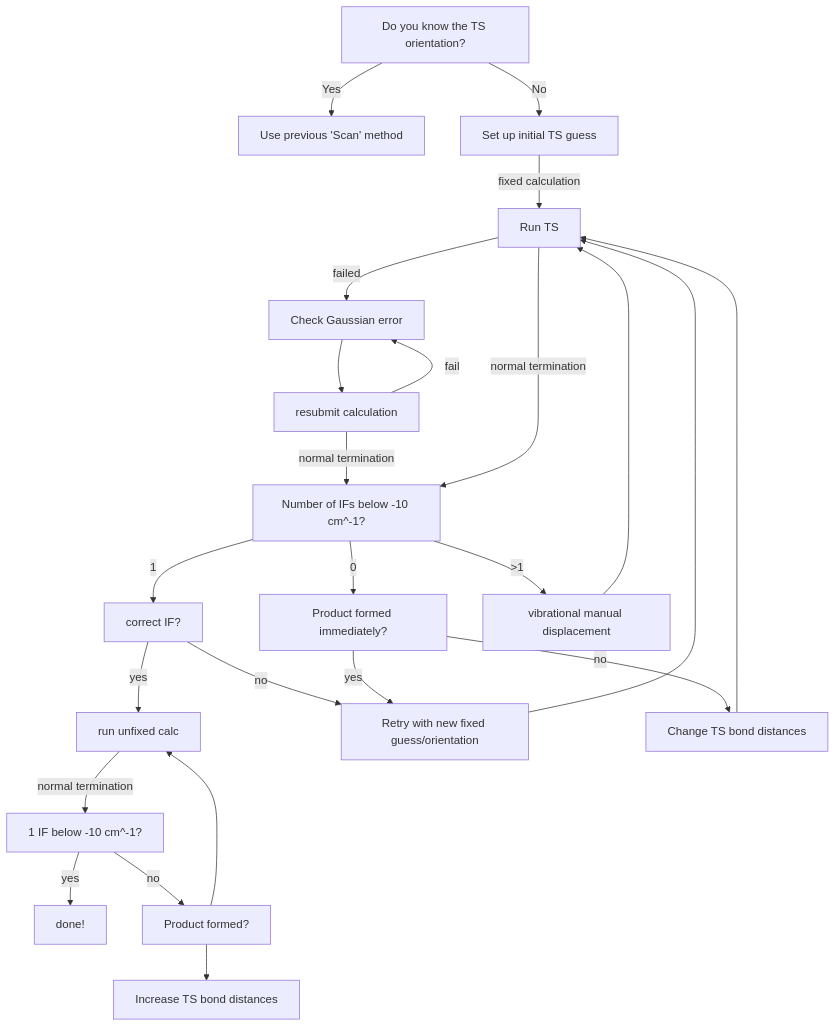
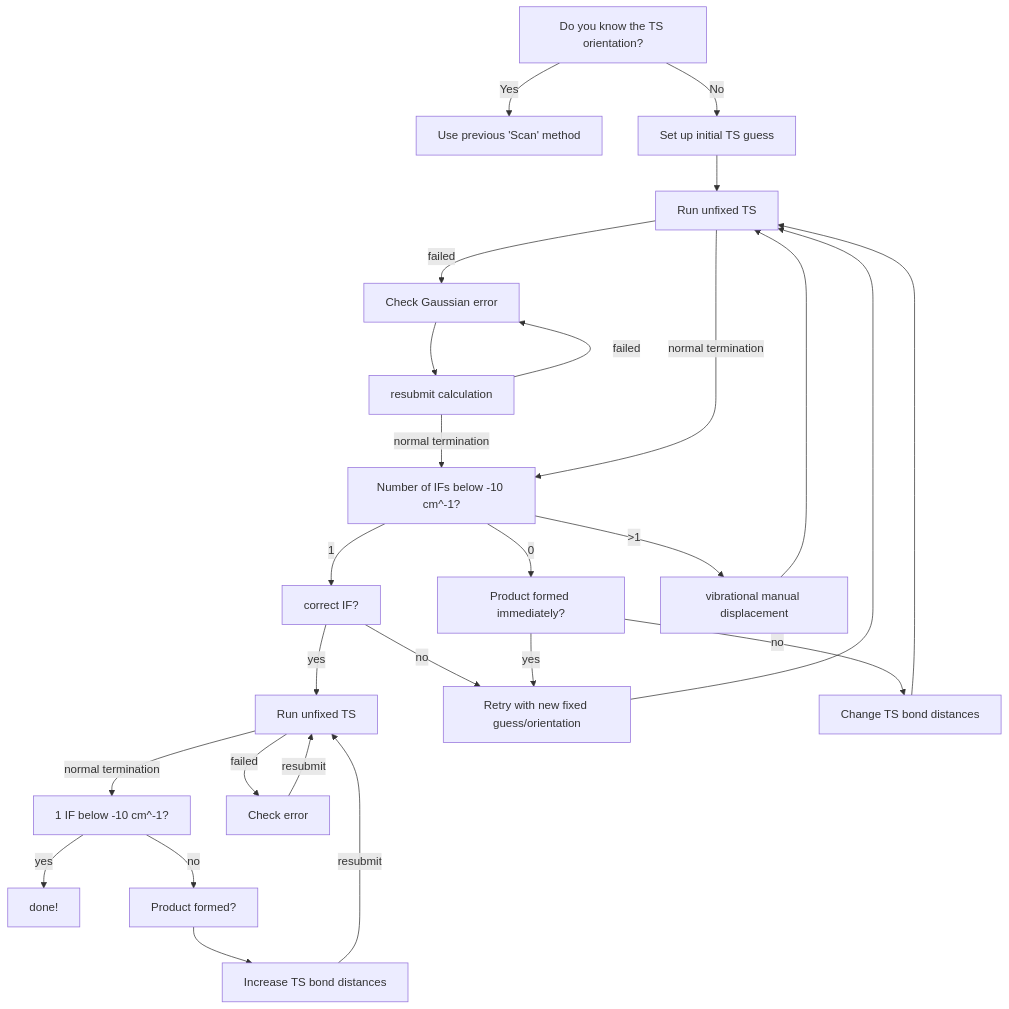
One commit to Trujillo-Group/trujillo_group_resources changed the second of 2 diagrams in tutorials/TS/README.md. Above: the diagram before and after it, drawn with Mermaid.

````diff
--- a/tutorials/TS/README.md
+++ b/tutorials/TS/README.md
@@ -112,30 +112,30 @@
 ```mermaid
 flowchart TD
     A[Do you know the TS orientation?]
     A -- Yes --> B[Use previous 'Scan' method]
     A -- No  --> C[Set up initial TS guess]
-    C -- fixed calculation --> D[Run TS]
-
+    C --> D[Run unfixed TS]
     D -- failed --> E[Check Gaussian error]
     E --> F[resubmit calculation]
-    F -- fail --> E
+    F -- failed --> E
     F -- normal termination --> G[Number of IFs below -10 cm^-1?]
-
     D -- normal termination --> G
     G -- 1 --> H[correct IF?]
-    H -- yes --> I[run unfixed calc]
+    H -- yes --> I[Run unfixed TS]
     I -- normal termination --> N[1 IF below -10 cm^-1?]
-    N -- yes --> O[done!]
-    N -- no --> P[Product formed?]
-    P --> I
-    P --> Q[Increase TS bond distances]
+    I -- failed --> R[Check error]
+    R -- resubmit --> I
     H -- no --> J[Retry with new fixed guess/orientation]
     J --> D
     G -- 0 --> K[Product formed immediately?]
     K -- yes --> J
     K -- no --> L[Change TS bond distances]
     L --> D
     G -- >1 --> M[vibrational manual displacement]
     M --> D
+    N -- yes --> O[done!]
+    N -- no --> P[Product formed?]
+    P --> Q[Increase TS bond distances]
+    Q -- resubmit --> I
 
 ```
````
